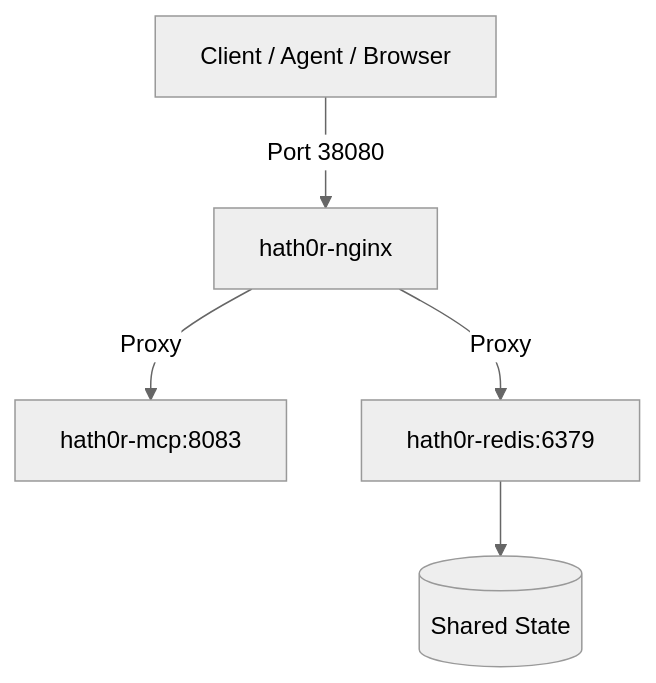
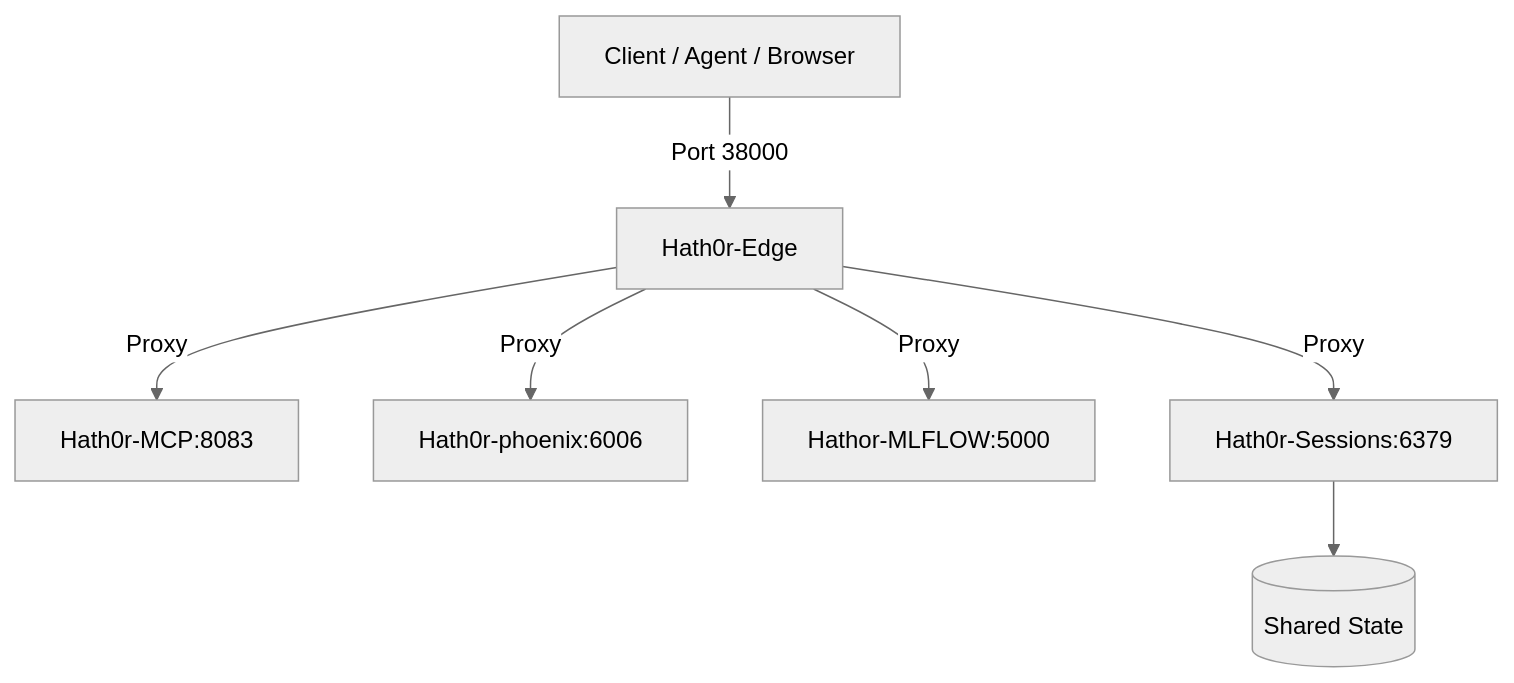
Before and after one commit to Bayly-AI/HATH0R-ATC: the diagram in deploy/canonical.md, drawn with Mermaid (neutral theme). The commit also changed other lines of this file and 8 other files, not shown here.

````diff
--- a/deploy/canonical.md
+++ b/deploy/canonical.md
@@ -7,7 +7,9 @@
 ```mermaid
 graph TD
-    Client[Client / Agent / Browser] -->|Port 38080| Nginx[hath0r-nginx]
-    Nginx -->|Proxy| MCP[hath0r-mcp:8083]
-    Nginx -->|Proxy| Redis[hath0r-redis:6379]
+    Client[Client / Agent / Browser] -->|Port 38000| Nginx[Hath0r-Edge]
+    Nginx -->|Proxy| MCP[Hath0r-MCP:8083]
+    Nginx -->|Proxy| Phoenix[Hath0r-phoenix:6006]
+    Nginx -->|Proxy| MLflow[Hathor-MLFLOW:5000]
+    Nginx -->|Proxy| Redis[Hath0r-Sessions:6379]
     Redis --> Cache[(Shared State)]
 ```
````
